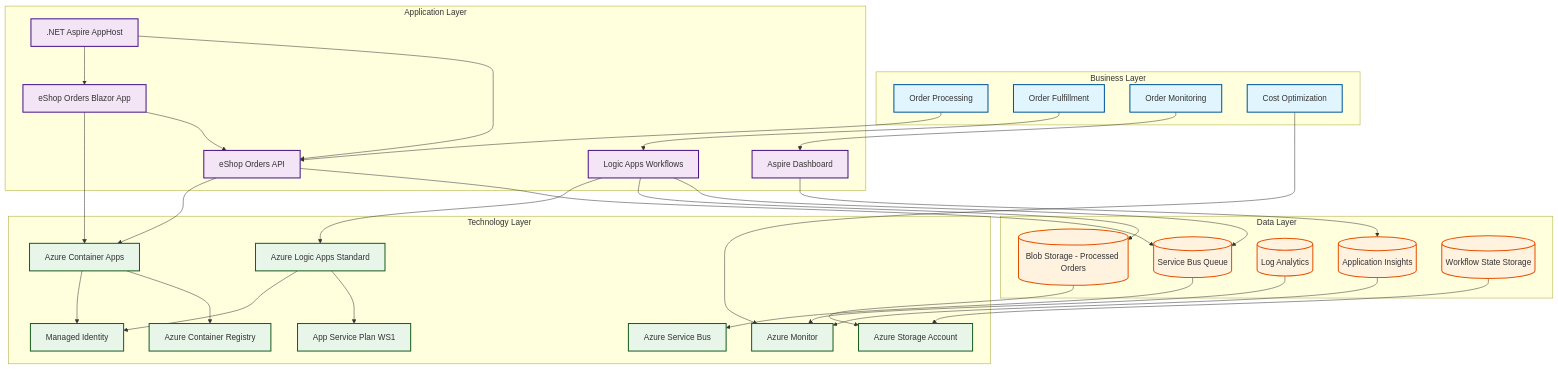
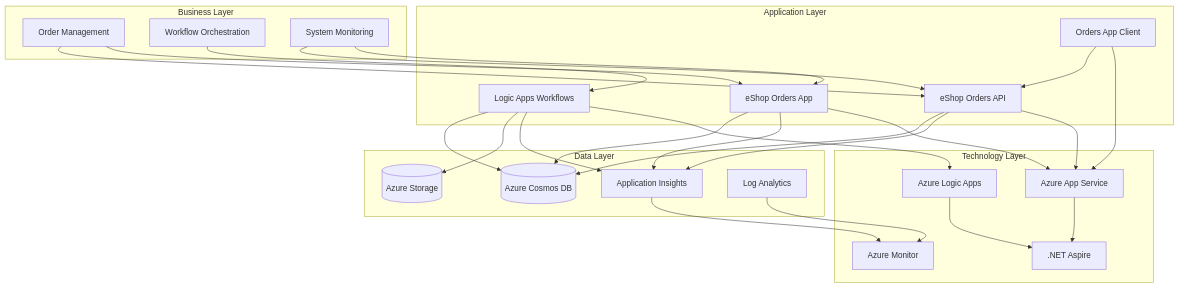
The first of 3 diagrams in README.md (Evilazaro/Azure-LogicApps-Monitoring), drawn with Mermaid before and after one commit. The commit also changed other lines of this file, not shown here.

````diff
--- a/README.md
+++ b/README.md
@@ -145,73 +107,53 @@
 ```mermaid
 graph TB
-    subgraph Business["Business Layer"]
-        B1[Order Processing]
-        B2[Order Fulfillment]
-        B3[Order Monitoring]
-        B4[Cost Optimization]
+    subgraph "Business Layer"
+        B1[Order Management]
+        B2[Workflow Orchestration]
+        B3[System Monitoring]
     end
 
-    subgraph Data["Data Layer"]
-        D1[(Service Bus Queue)]
-        D2[(Blob Storage - Processed Orders)]
-        D3[(Log Analytics)]
-        D4[(Application Insights)]
-        D5[(Workflow State Storage)]
+    subgraph "Application Layer"
+        A1[eShop Orders API]
+        A2[eShop Orders App]
+        A3[Orders App Client]
+        A4[Logic Apps Workflows]
     end
 
-    subgraph Application["Application Layer"]
-        A1[eShop Orders API]
-        A2[eShop Orders Blazor App]
-        A3[Logic Apps Workflows]
-        A4[.NET Aspire AppHost]
-        A5[Aspire Dashboard]
+    subgraph "Data Layer"
+        D1[(Azure Cosmos DB)]
+        D2[(Azure Storage)]
+        D3[Application Insights]
+        D4[Log Analytics]
     end
 
-    subgraph Technology["Technology Layer"]
-        T1[Azure Container Apps]
-        T2[Azure Logic Apps Standard]
-        T3[Azure Container Registry]
-        T4[Azure Service Bus]
-        T5[Azure Storage Account]
-        T6[Azure Monitor]
-        T7[Managed Identity]
-        T8[App Service Plan WS1]
+    subgraph "Technology Layer"
+        T1[Azure App Service]
+        T2[Azure Logic Apps]
+        T3[Azure Monitor]
+        T4[.NET Aspire]
     end
 
     B1 --> A1
-    B2 --> A3
-    B3 --> A5
-    B4 --> T6
+    B1 --> A2
+    B2 --> A4
+    B3 --> A1
+    B3 --> A2
 
     A1 --> D1
-    A2 --> A1
-    A3 --> D1
-    A3 --> D2
-    A4 --> A1
-    A4 --> A2
-    A5 --> D4
-
-    D1 --> T4
-    D2 --> T5
-    D3 --> T6
-    D4 --> T6
-    D5 --> T5
+    A1 --> D3
+    A2 --> D1
+    A2 --> D3
+    A3 --> A1
+    A4 --> D1
+    A4 --> D2
+    A4 --> D3
 
     A1 --> T1
     A2 --> T1
-    A3 --> T2
-    T1 --> T3
-    T2 --> T8
-    T1 --> T7
-    T2 --> T7
-
-    classDef businessClass fill:#e1f5fe,stroke:#01579b,stroke-width:2px
-    classDef dataClass fill:#fff3e0,stroke:#e65100,stroke-width:2px
-    classDef appClass fill:#f3e5f5,stroke:#4a148c,stroke-width:2px
-    classDef techClass fill:#e8f5e9,stroke:#1b5e20,stroke-width:2px
-
-    class B1,B2,B3,B4 businessClass
-    class D1,D2,D3,D4,D5 dataClass
-    class A1,A2,A3,A4,A5 appClass
-    class T1,T2,T3,T4,T5,T6,T7,T8 techClass
+    A3 --> T1
+    A4 --> T2
+    D3 --> T3
+    D4 --> T3
+    T1 --> T4
+    T2 --> T4
 ```
````
